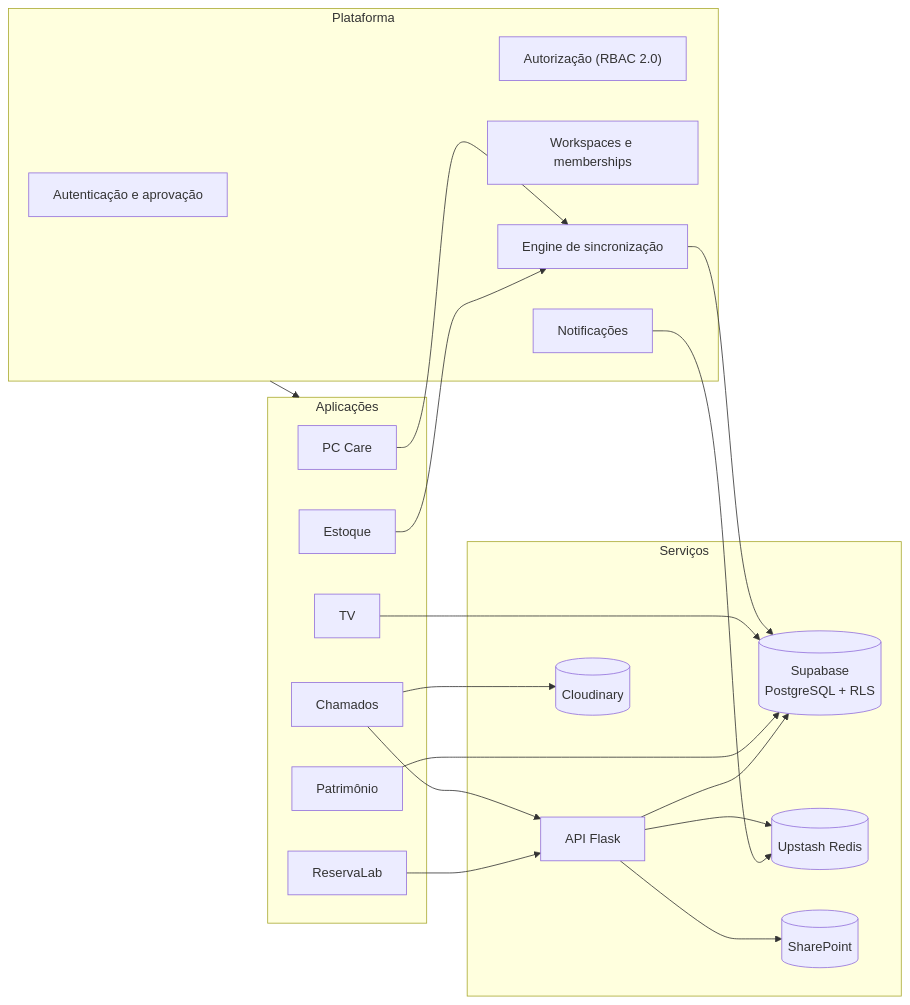
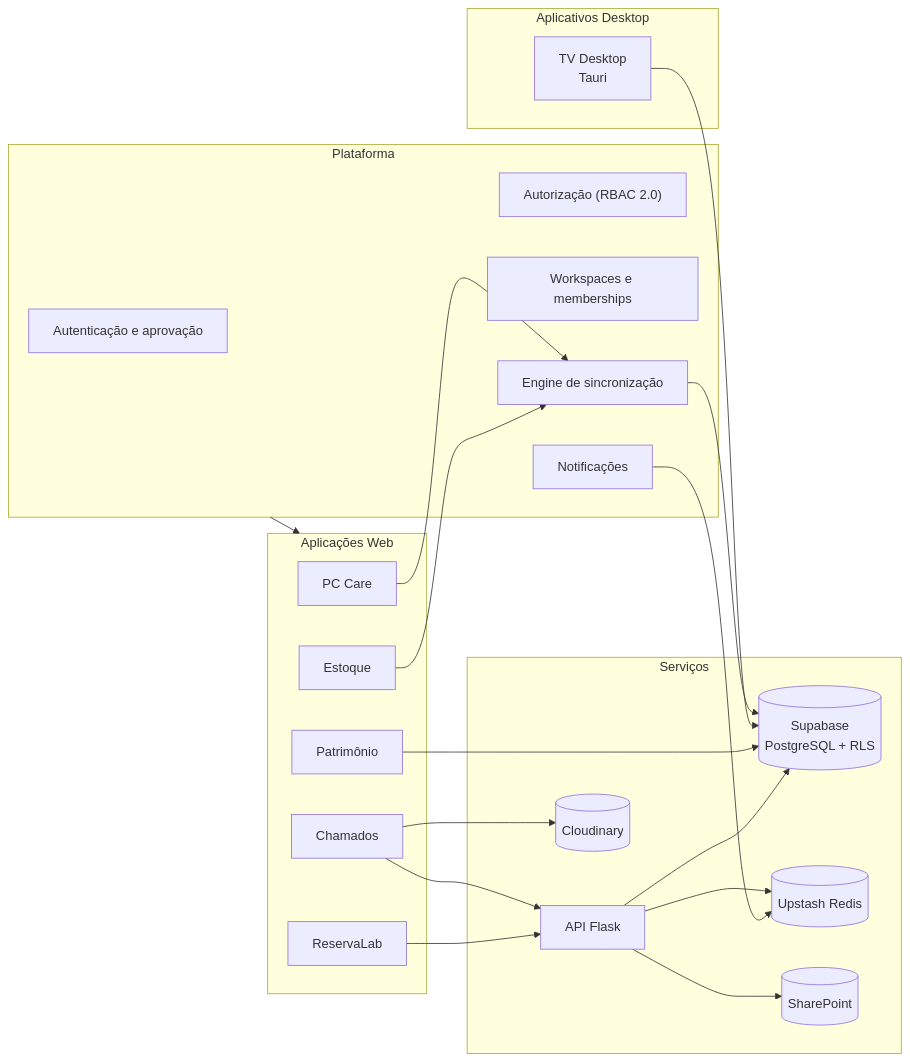
Before and after one commit to vihisantos/LabHub: the third of 5 diagrams in README.md, drawn with Mermaid. The commit also changed other lines of this file and 39 other files, not shown here.

First line of the commit message:
feat: consolidate LabHub TV as Tauri Desktop only

````diff
--- a/README.md
+++ b/README.md
@@ -237,41 +240,44 @@
 ```mermaid
 flowchart LR
     subgraph PLAT["Plataforma"]
         AUTH["Autenticação e aprovação"]
         RBAC["Autorização (RBAC 2.0)"]
         WS["Workspaces e memberships"]
         SYNC["Engine de sincronização"]
         NOTIF["Notificações"]
     end
 
-    subgraph APPS["Aplicações"]
+    subgraph APPS["Aplicações Web"]
         CH["Chamados"]
         PC["PC Care"]
         ST["Estoque"]
         RL["ReservaLab"]
-        TV["TV"]
         PT["Patrimônio"]
+    end
+
+    subgraph DESKTOP["Aplicativos Desktop"]
+        TV["TV Desktop<br/>Tauri"]
     end
 
     subgraph SVC["Serviços"]
         SB[("Supabase<br/>PostgreSQL + RLS")]
         FL["API Flask"]
         RD[("Upstash Redis")]
         SP[("SharePoint")]
         CLD[("Cloudinary")]
     end
 
     PLAT --> APPS
     CH --> FL
     CH --> CLD
     RL --> FL
     PC --> SYNC
     ST --> SYNC
     SYNC --> SB
     TV --> SB
     PT --> SB
     FL --> SB
     FL --> RD
     FL --> SP
     NOTIF --> RD
 ```
````
